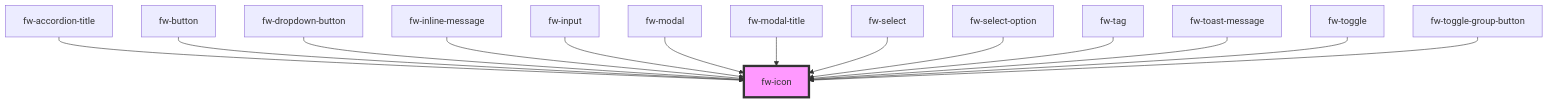
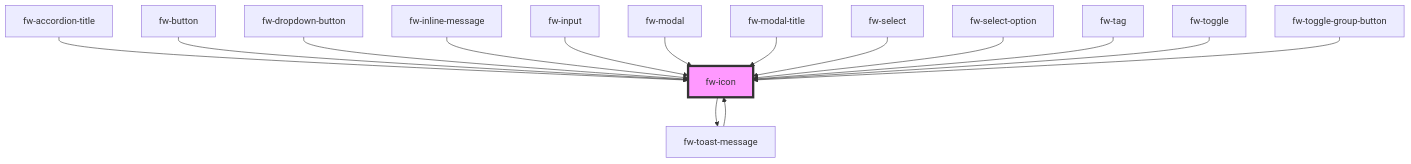
One commit to freshworks/crayons changed the diagram in packages/crayons-core/src/components/icon/readme.md. Above: the diagram before and after it, drawn with Mermaid. The commit also changed other lines of this file and 69 other files, not shown here.

````diff
--- a/packages/crayons-core/src/components/icon/readme.md
+++ b/packages/crayons-core/src/components/icon/readme.md
@@ -77,17 +251,18 @@
 ```mermaid
 graph TD;
+  fw-icon --> fw-toast-message
+  fw-toast-message --> fw-icon
   fw-accordion-title --> fw-icon
   fw-button --> fw-icon
   fw-dropdown-button --> fw-icon
   fw-inline-message --> fw-icon
   fw-input --> fw-icon
   fw-modal --> fw-icon
   fw-modal-title --> fw-icon
   fw-select --> fw-icon
   fw-select-option --> fw-icon
   fw-tag --> fw-icon
-  fw-toast-message --> fw-icon
   fw-toggle --> fw-icon
   fw-toggle-group-button --> fw-icon
   style fw-icon fill:#f9f,stroke:#333,stroke-width:4px
 ```
````
